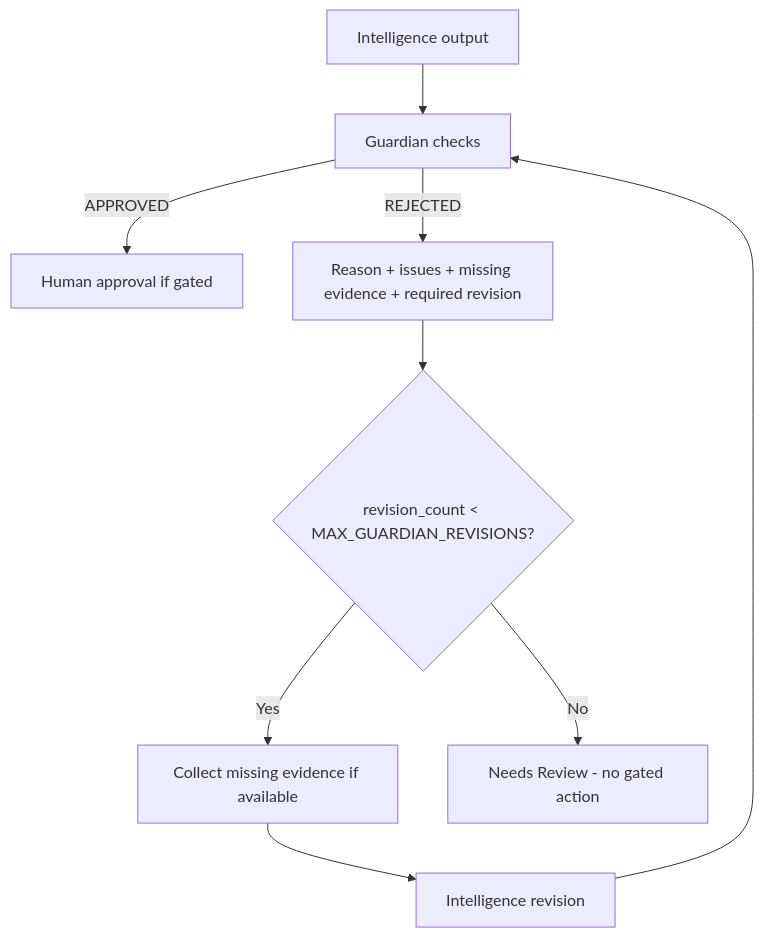
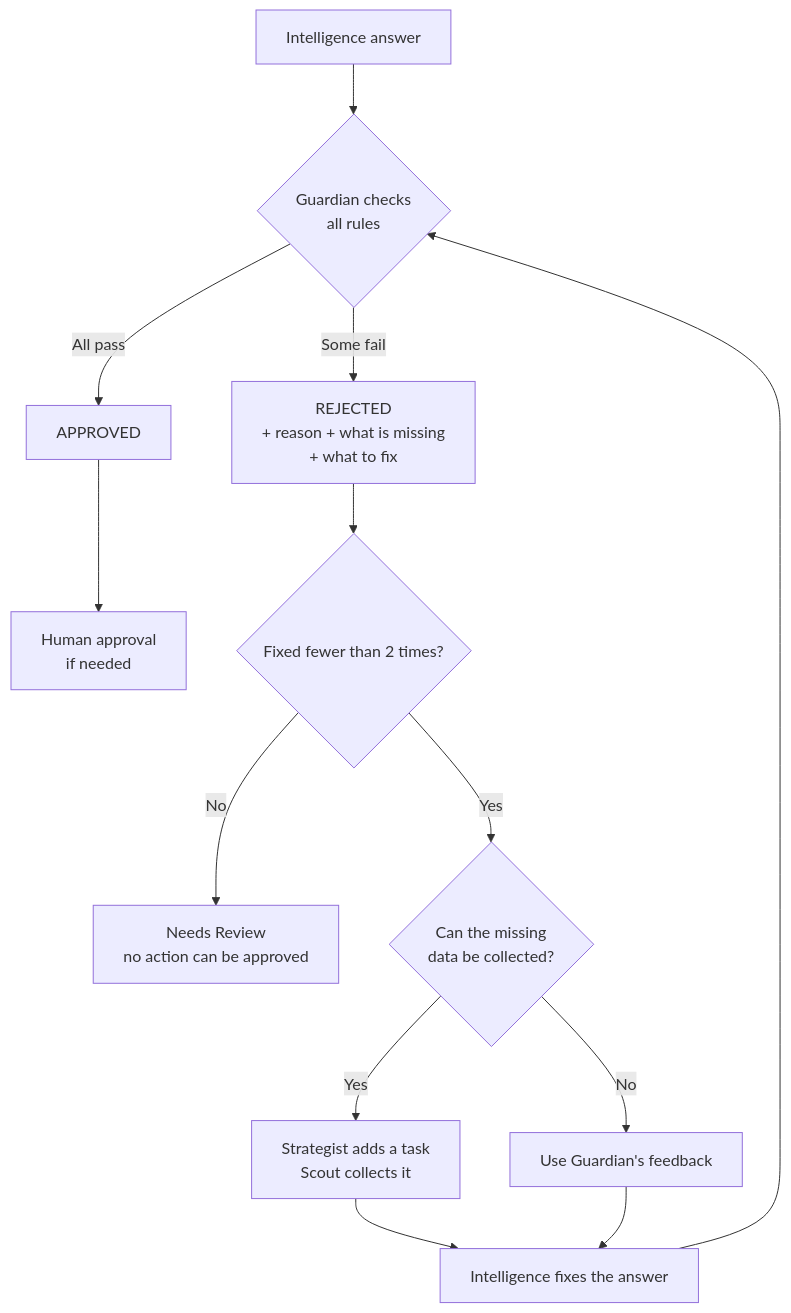
Before and after one commit to amangovindrao/velloe_ops_intelligence: the sixth of 12 diagrams in README.md, drawn with Mermaid. The commit also changed other lines of this file and 2 other files, not shown here.

````diff
--- a/README.md
+++ b/README.md
@@ -189,11 +311,15 @@
 ```mermaid
 flowchart TD
-    I[Intelligence output] --> G[Guardian checks]
-    G -->|APPROVED| H[Human approval if gated]
-    G -->|REJECTED| W[Reason + issues + missing evidence + required revision]
-    W --> L{revision_count < MAX_GUARDIAN_REVISIONS?}
-    L -->|Yes| E[Collect missing evidence if available]
-    E --> R[Intelligence revision]
-    R --> G
-    L -->|No| N[Needs Review - no gated action]
+    I["Intelligence answer"] --> G{"Guardian checks<br/>all rules"}
+    G -->|"All pass"| A["APPROVED"]
+    A --> H["Human approval<br/>if needed"]
+    G -->|"Some fail"| R["REJECTED<br/>+ reason + what is missing<br/>+ what to fix"]
+    R --> L{"Fixed fewer than 2 times?"}
+    L -->|"No"| N["Needs Review<br/>no action can be approved"]
+    L -->|"Yes"| E{"Can the missing<br/>data be collected?"}
+    E -->|"Yes"| S["Strategist adds a task<br/>Scout collects it"]
+    E -->|"No"| X["Use Guardian's feedback"]
+    S --> V["Intelligence fixes the answer"]
+    X --> V
+    V --> G
 ```
````
